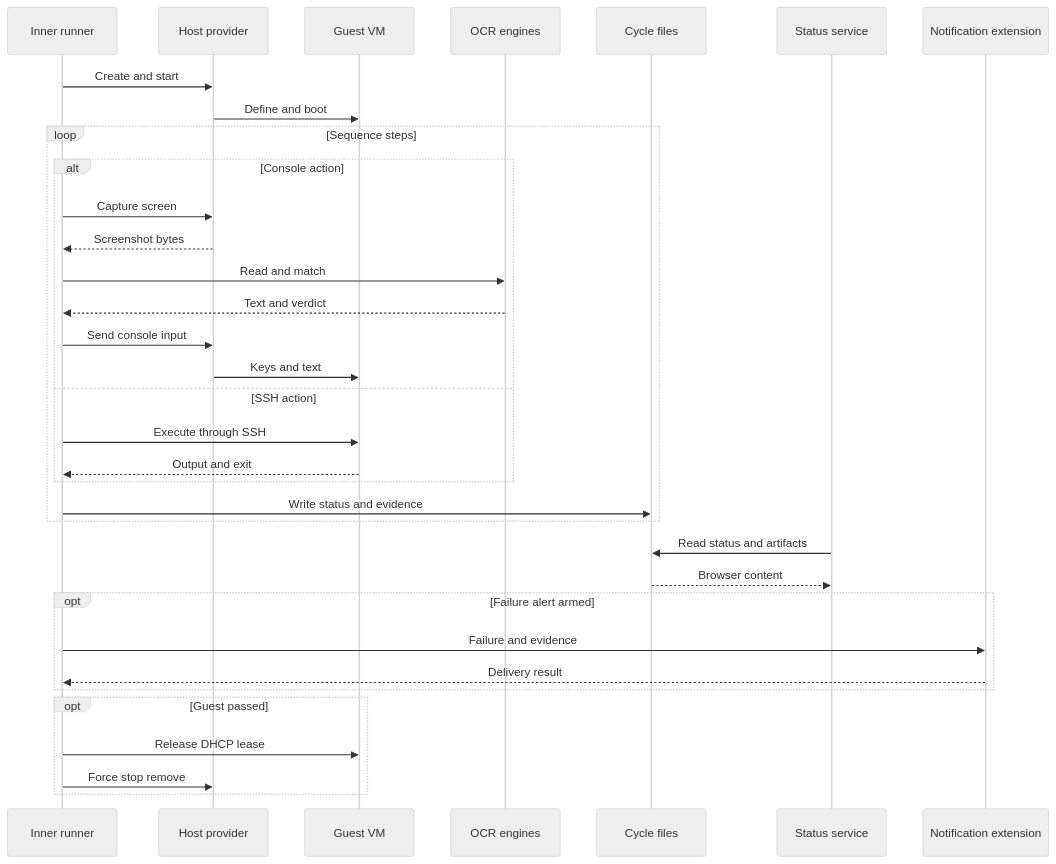
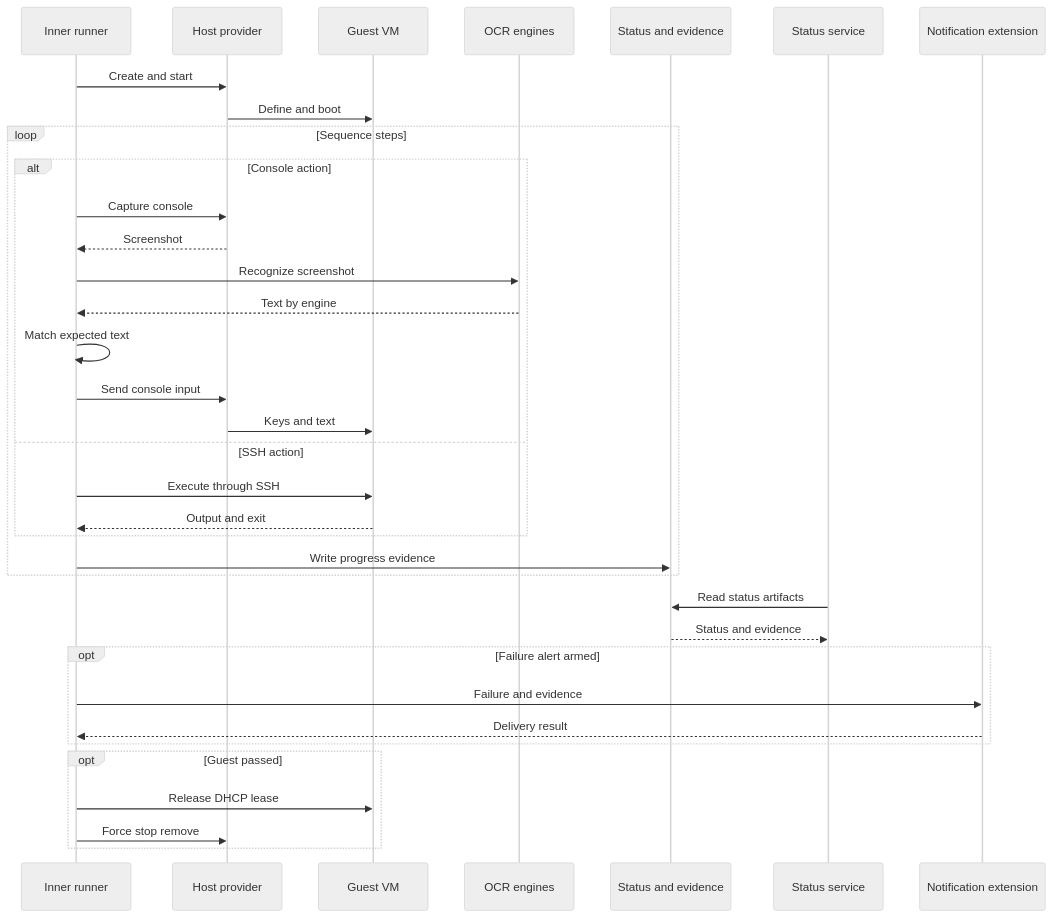
Before and after one commit to alissonsol/yuruna: the second of 9 diagrams in docs/design/03-data-flows.md, drawn with Mermaid (neutral theme). The commit also changed other lines of this file and 1371 other files, not shown here.

````diff
--- a/docs/design/03-data-flows.md
+++ b/docs/design/03-data-flows.md
@@ -43,36 +45,37 @@
 ```mermaid
 sequenceDiagram
     participant test-runner-inner-loop-psm1 as Inner runner
-    participant yuruna-host-psm1 as Host provider
+    participant yuruna-host-contract-psm1 as Host provider
     participant guest-vm as Guest VM
     participant test-ocr-engine-psm1 as OCR engines
-    participant status-json as Cycle files
+    participant status-json as Status and evidence
     participant start-status-service-ps1 as Status service
     participant test-notify-psm1 as Notification extension
-    test-runner-inner-loop-psm1->>yuruna-host-psm1: Create and start
-    yuruna-host-psm1->>guest-vm: Define and boot
+    test-runner-inner-loop-psm1->>yuruna-host-contract-psm1: Create and start
+    yuruna-host-contract-psm1->>guest-vm: Define and boot
     loop Sequence steps
         alt Console action
-            test-runner-inner-loop-psm1->>yuruna-host-psm1: Capture screen
-            yuruna-host-psm1-->>test-runner-inner-loop-psm1: Screenshot bytes
-            test-runner-inner-loop-psm1->>test-ocr-engine-psm1: Read and match
-            test-ocr-engine-psm1-->>test-runner-inner-loop-psm1: Text and verdict
-            test-runner-inner-loop-psm1->>yuruna-host-psm1: Send console input
-            yuruna-host-psm1->>guest-vm: Keys and text
+            test-runner-inner-loop-psm1->>yuruna-host-contract-psm1: Capture console
+            yuruna-host-contract-psm1-->>test-runner-inner-loop-psm1: Screenshot
+            test-runner-inner-loop-psm1->>test-ocr-engine-psm1: Recognize screenshot
+            test-ocr-engine-psm1-->>test-runner-inner-loop-psm1: Text by engine
+            test-runner-inner-loop-psm1->>test-runner-inner-loop-psm1: Match expected text
+            test-runner-inner-loop-psm1->>yuruna-host-contract-psm1: Send console input
+            yuruna-host-contract-psm1->>guest-vm: Keys and text
         else SSH action
             test-runner-inner-loop-psm1->>guest-vm: Execute through SSH
             guest-vm-->>test-runner-inner-loop-psm1: Output and exit
         end
-        test-runner-inner-loop-psm1->>status-json: Write status and evidence
+        test-runner-inner-loop-psm1->>status-json: Write progress evidence
     end
-    start-status-service-ps1->>status-json: Read status and artifacts
-    status-json-->>start-status-service-ps1: Browser content
+    start-status-service-ps1->>status-json: Read status artifacts
+    status-json-->>start-status-service-ps1: Status and evidence
     opt Failure alert armed
         test-runner-inner-loop-psm1->>test-notify-psm1: Failure and evidence
         test-notify-psm1-->>test-runner-inner-loop-psm1: Delivery result
     end
     opt Guest passed
         test-runner-inner-loop-psm1->>guest-vm: Release DHCP lease
-        test-runner-inner-loop-psm1->>yuruna-host-psm1: Force stop remove
+        test-runner-inner-loop-psm1->>yuruna-host-contract-psm1: Force stop remove
     end
 ```
````
